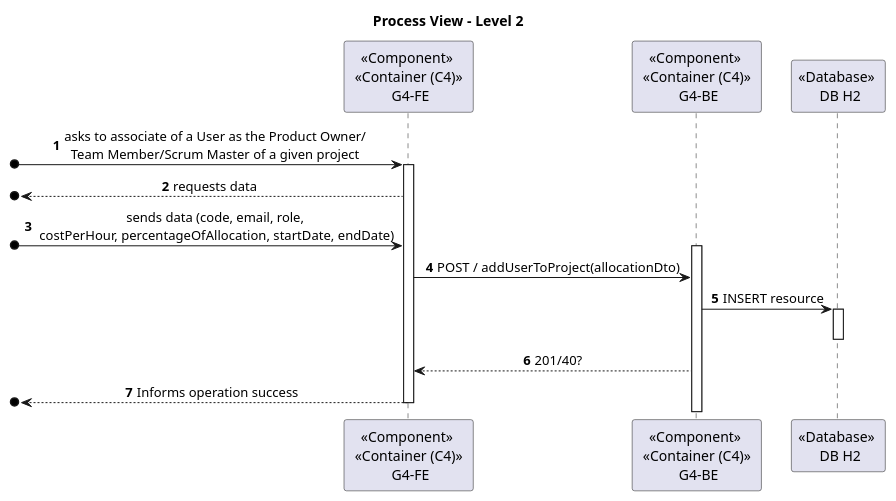
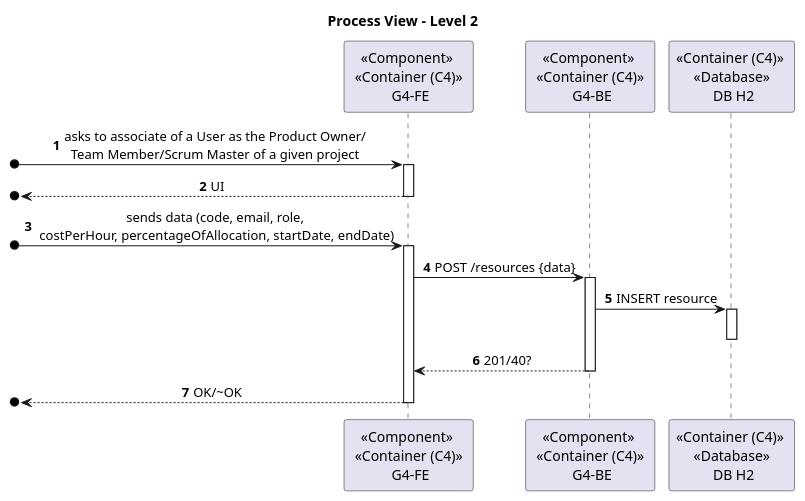
The second of 3 diagrams in docs/architectural_design_model/process_view.puml (Loracline/project_switch_22-23), drawn with PlantUML before and after one commit. The commit also changed other lines of this file and 2 other files, not shown here.

Commit message:
NO US : Update of architectural design model references #675

```diff
--- a/docs/architectural_design_model/process_view.puml
+++ b/docs/architectural_design_model/process_view.puml
@@ -27,24 +23,27 @@
 @startuml
 skinparam sequenceMessageAlign center
 title Process View - Level 2
 
 autonumber
 
 participant "<<Component>> \n <<Container (C4)>> \n G4-FE" as fe
 participant "<<Component>> \n <<Container (C4)>> \n G4-BE" as be
-participant "<<Database>> \n DB H2" as db
+participant "<<Container (C4)>> \n <<Database>> \n DB H2" as db
 
 [o-> fe: asks to associate of a User as the Product Owner/\nTeam Member/Scrum Master of a given project
 activate fe
-[o<-- fe: requests data
+[o<-- fe: UI
+deactivate fe
 [o-> fe: sends data (code, email, role,\n costPerHour, percentageOfAllocation, startDate, endDate)
+activate fe
+fe -> be: POST /resources {data}
 activate be
 
-fe -> be: POST / addUserToProject(allocationDto)
 be -> db: INSERT resource
 activate db
 deactivate db
 be --> fe: 201/40?
-[o<-- fe: Informs operation success
+deactivate be
+[o<-- fe: OK/~OK
 deactivate fe
 @enduml
```
